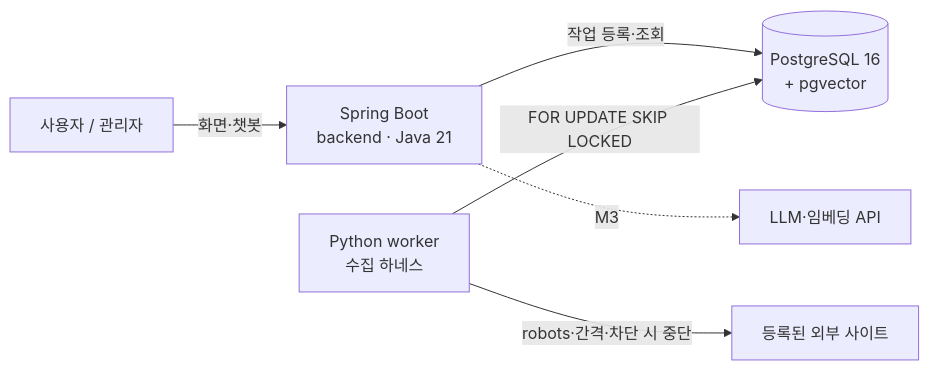
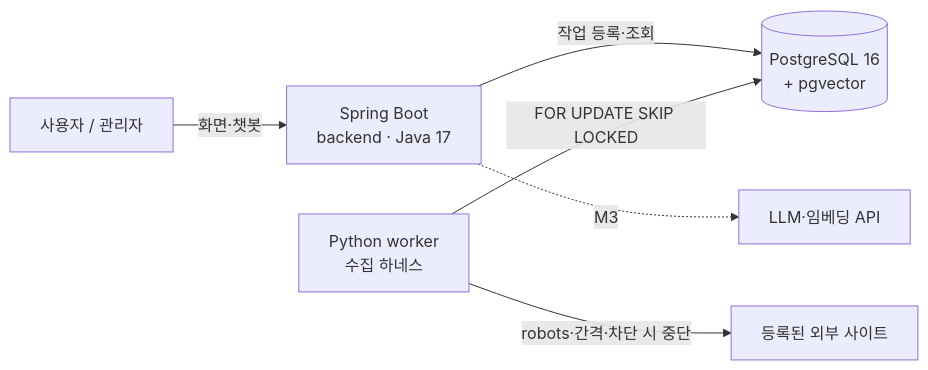
Before and after one commit to lala9663/sensing-hub: the first of 2 diagrams in README.md, drawn with Mermaid. The commit also changed other lines of this file and 3 other files, not shown here.

First line of the commit message:
M1: build backend for Java 17 instead of 21

````diff
--- a/README.md
+++ b/README.md
@@ -11,8 +11,8 @@
 ```mermaid
 flowchart LR
-    U[사용자 / 관리자] -->|화면·챗봇| B[Spring Boot<br/>backend · Java 21]
+    U[사용자 / 관리자] -->|화면·챗봇| B[Spring Boot<br/>backend · Java 17]
     B -->|작업 등록·조회| DB[(PostgreSQL 16<br/>+ pgvector)]
     W[Python worker<br/>수집 하네스] -->|FOR UPDATE SKIP LOCKED| DB
     W -->|robots·간격·차단 시 중단| S[등록된 외부 사이트]
     B -.->|M3| L[LLM·임베딩 API]
 ```
````
